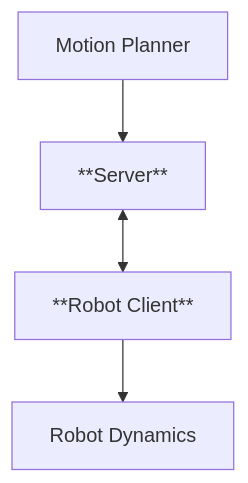
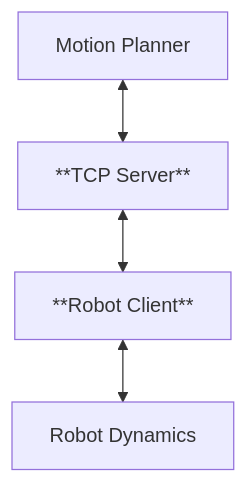
Before and after one commit to prajwalthakur/network_control_av: the diagram in README.md, drawn with Mermaid. The commit also changed other lines of this file and 13 other files, not shown here.

````diff
--- a/README.md
+++ b/README.md
@@ -5,12 +5,12 @@
 ```mermaid
 flowchart TB
-    TCPServer["**Server**"]
+    TCPServer["**TCP Server**"]
     RobotClient["**Robot Client**"]
     MotionPlanner["Motion Planner"]
     RobotDynamics["Robot Dynamics"]
     
+    MotionPlanner <--> TCPServer
     TCPServer <--> RobotClient
-    MotionPlanner --> TCPServer
-    RobotClient --> RobotDynamics 
+    RobotClient <--> RobotDynamics 
     
 ```
````
